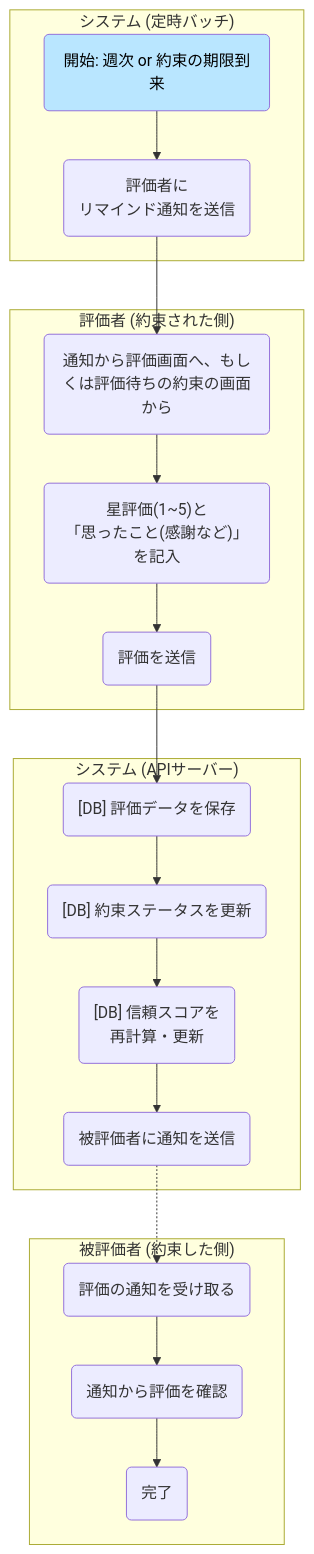
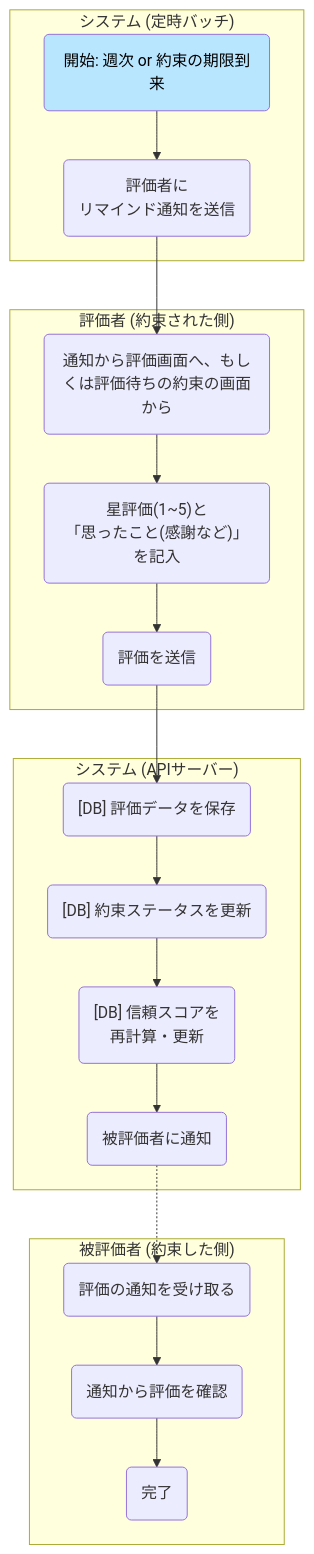
Before and after one commit to compile425/yubikirigennmann: the third of 9 diagrams in docs/design.md, drawn with Mermaid.

````diff
--- a/docs/design.md
+++ b/docs/design.md
@@ -57,28 +57,28 @@
 ```mermaid
 
 graph TD
     subgraph "システム (定時バッチ)"
         T1("開始: 週次 or 約束の期限到来") --> T2("評価者に<br>リマインド通知を送信")
     end
 
     subgraph "評価者 (約束された側)"
         T2 --> U1("通知から評価画面へ、もしくは評価待ちの約束の画面から")
         U1 --> U2("星評価(1~5)と<br>「思ったこと(感謝など)」を記入")
         U2 --> U5("評価を送信")
     end
 
     subgraph "システム (APIサーバー)"
         U5 --> S1("[DB] 評価データを保存")
         S1 --> S2("[DB] 約束ステータスを更新")
         S2 --> S3("[DB] 信頼スコアを<br>再計算・更新")
-        S3 --> S4("被評価者に通知を送信")
+        S3 --> S4("被評価者に通知")
     end
 
     subgraph "被評価者 (約束した側)"
         S4 -.-> E1("評価の通知を受け取る")
         E1 --> E2("通知から評価を確認")
         E2 --> E3("完了")
     end
 
     style T1 fill:#B9E6FF,color:#000
 ```
````
